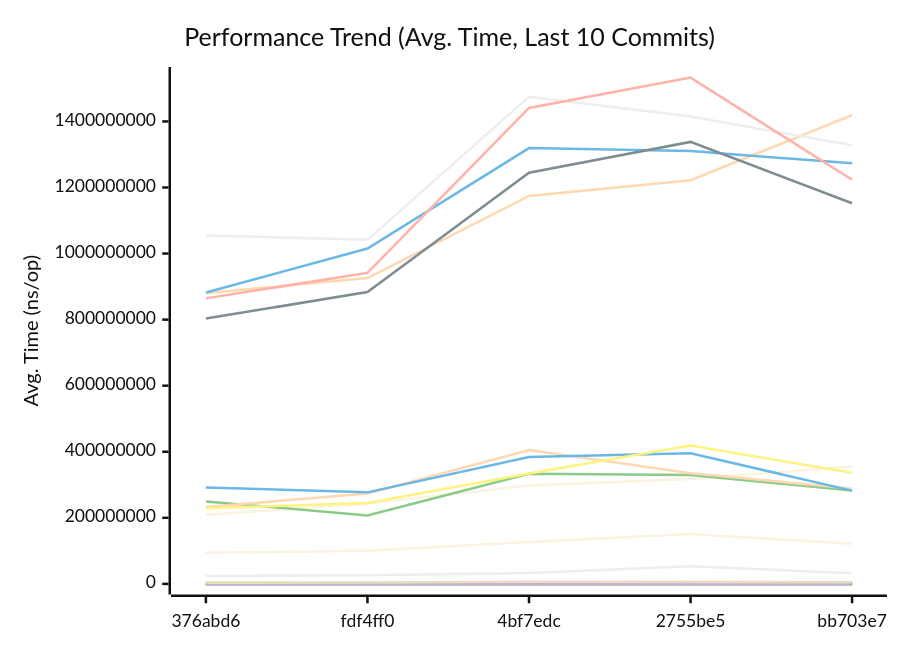
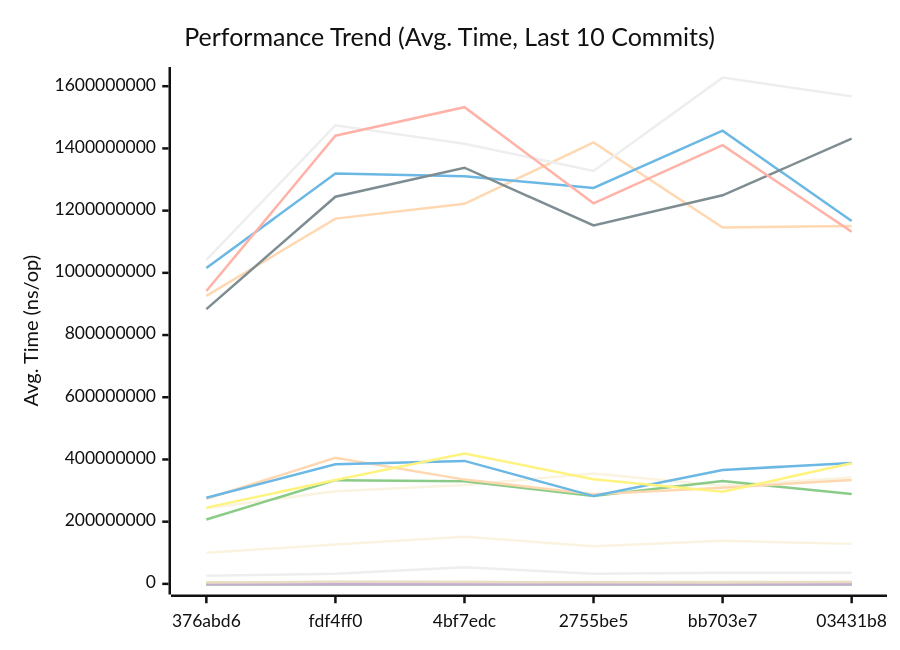
The first of 3 diagrams in docs/PERFORMANCE.md (alsotoes/momo), drawn with Mermaid (neutral theme) before and after one commit. The commit also changed other lines of this file and 3 other files, not shown here.

````diff
--- a/docs/PERFORMANCE.md
+++ b/docs/PERFORMANCE.md
@@ -260,44 +260,44 @@
 ```mermaid
 xychart-beta
     title "Performance Trend (Avg. Time, Last 10 Commits)"
     x-axis "Commit"
     y-axis "Avg. Time (ns/op)"
-    x-axis [376abd6,fdf4ff0,4bf7edc,2755be5,bb703e7]
-    line "AWSChunkedReaderSigned" [397685,535625,618041,521824,584439,539275,522839,619200,756300,663569]
-    line "AWSChunkedReaderUnsigned" [405982,479460,573661,451522,611665,550355,604498,664009,703433,611889]
-    line "CheckMetricsAndSwap" [7,10,10,17,10,11,10,10,12,13]
-    line "CrushOptimized" [328,320,458,539,432,471,405,485,513,528]
-    line "CrushOriginal" [443,407,633,730,712,650,699,646,673,697]
-    line "FormatListObjectsV2XML_AppendFormat" [566690,627648,848928,1046717,799795,1039816,911991,1056478,1286421,1165434]
-    line "FormatListObjectsV2XML_OldFormat" [366636,408457,535755,745142,464905,458449,554255,545961,720703,674915]
-    line "HashBytes/1MiB" [3443981,3592333,5110585,4751175,5064237,4383380,5547571,5240058,5525510,5093044]
-    line "HashBytes/256MiB" [880098861,925707610,1174333367,1221858506,1419279092,1145420213,1150583944,1206314796,1415065243,1121544781]
-    line "HashBytes/64MiB" [209418782,242948441,297766074,317593619,355000134,315394868,341933076,357748084,272405322,277104353]
-    line "HashFile/1MiB" [3842035,3350950,4950193,5129547,5747827,5999828,5183292,5520031,4909353,4510294]
-    line "HashFile/256MiB" [881918242,1015211606,1319192441,1310601572,1273023822,1457159370,1166573869,1388569817,1761951053,1416186973]
-    line "HashFile/64MiB" [249484580,207167851,333549904,329592825,282613785,330397537,289173153,345945889,348425613,343417056]
-    line "IndexDirectTracking" [0,0,1,1,0,0,1,1,1,1]
-    line "IndexSearch" [2,2,2,5,4,3,3,4,4,4]
-    line "LastModifiedHeader_AppendFormat" [185,228,286,252,340,415,345,364,441,320]
-    line "LastModifiedHeader_Format" [262,285,385,350,398,514,394,431,520,582]
-    line "LoadGlobalConfig" [9952,8921,13356,14511,16366,13776,15095,13488,14097,14525]
-    line "LocalWrite/1MiB" [445767,431598,526423,795470,552166,778898,525512,577002,644852,573249]
-    line "LocalWrite/256MiB" [94142106,100079806,126435842,151118283,121284509,138380852,128601282,128702495,161190175,125958619]
-    line "LocalWrite/64MiB" [24072639,25874779,32839259,53059327,32531111,36029215,35542782,33119476,44891953,35402077]
-    line "PadString" [57,53,71,49,70,69,64,70,76,63]
+    x-axis [376abd6,fdf4ff0,4bf7edc,2755be5,bb703e7,03431b8]
+    line "AWSChunkedReaderSigned" [535625,618041,521824,584439,539275,522839,619200,756300,663569,620161]
+    line "AWSChunkedReaderUnsigned" [479460,573661,451522,611665,550355,604498,664009,703433,611889,631352]
+    line "CheckMetricsAndSwap" [10,10,17,10,11,10,10,12,13,11]
+    line "CrushOptimized" [320,458,539,432,471,405,485,513,528,381]
+    line "CrushOriginal" [407,633,730,712,650,699,646,673,697,599]
+    line "FormatListObjectsV2XML_AppendFormat" [627648,848928,1046717,799795,1039816,911991,1056478,1286421,1165434,922011]
+    line "FormatListObjectsV2XML_OldFormat" [408457,535755,745142,464905,458449,554255,545961,720703,674915,518253]
+    line "HashBytes/1MiB" [3592333,5110585,4751175,5064237,4383380,5547571,5240058,5525510,5093044,3747347]
+    line "HashBytes/256MiB" [925707610,1174333367,1221858506,1419279092,1145420213,1150583944,1206314796,1415065243,1121544781,1441434671]
+    line "HashBytes/64MiB" [242948441,297766074,317593619,355000134,315394868,341933076,357748084,272405322,277104353,321801782]
+    line "HashFile/1MiB" [3350950,4950193,5129547,5747827,5999828,5183292,5520031,4909353,4510294,6901410]
+    line "HashFile/256MiB" [1015211606,1319192441,1310601572,1273023822,1457159370,1166573869,1388569817,1761951053,1416186973,1274613971]
+    line "HashFile/64MiB" [207167851,333549904,329592825,282613785,330397537,289173153,345945889,348425613,343417056,354037155]
+    line "IndexDirectTracking" [0,1,1,0,0,1,1,1,1,1]
+    line "IndexSearch" [2,2,5,4,3,3,4,4,4,4]
+    line "LastModifiedHeader_AppendFormat" [228,286,252,340,415,345,364,441,320,312]
+    line "LastModifiedHeader_Format" [285,385,350,398,514,394,431,520,582,394]
+    line "LoadGlobalConfig" [8921,13356,14511,16366,13776,15095,13488,14097,14525,12164]
+    line "LocalWrite/1MiB" [431598,526423,795470,552166,778898,525512,577002,644852,573249,584326]
+    line "LocalWrite/256MiB" [100079806,126435842,151118283,121284509,138380852,128601282,128702495,161190175,125958619,133440934]
+    line "LocalWrite/64MiB" [25874779,32839259,53059327,32531111,36029215,35542782,33119476,44891953,35402077,33399170]
+    line "PadString" [53,71,49,70,69,64,70,76,63,80]
     line "ParseReplicationOrder_NoPrealloc" [350,349,357,354,345,225,229,165,232,234]
     line "ParseReplicationOrder_Prealloc" [229,231,237,234,229,108,107,80,110,109]
-    line "Placement" [5168,4621,6718,8505,7344,6922,7453,7406,7040,7327]
-    line "PlacementDomainSpread" [5453,5023,6553,8563,7236,7465,7811,7868,7303,7101]
-    line "ReadVerify/1MiB" [3798416,3596845,4460850,5088522,3970325,4753309,4723356,4600918,6614208,4999715]
-    line "ReadVerify/256MiB" [803259188,883417974,1244837167,1337973310,1152182050,1249327431,1431247520,1374887457,1179131329,1513480600]
-    line "ReadVerify/64MiB" [232435503,273582930,405518693,335223998,288365836,309264832,334268234,343492740,297878657,337113294]
-    line "S3PutSpool/1MiB" [4349655,4494504,5795780,6486611,5066289,6659391,6179992,6697030,5335678,5117449]
-    line "S3PutSpool/256MiB" [1054828608,1041459785,1474423367,1414994967,1327631659,1627622695,1567298391,1766547568,1781197744,1337418784]
-    line "S3PutSpool/64MiB" [292024160,277039985,384356699,395378107,282251478,366146558,388891982,382189999,404192768,401720115]
-    line "SanitizeLog/Safe" [233,295,361,256,386,270,283,316,423,332]
-    line "SanitizeLog/Unsafe" [684,922,1091,801,1163,1016,1039,1170,1356,1050]
-    line "TrustedRead/1MiB" [3390683,4063744,6459603,5688219,4848751,4607932,6032847,6124228,5111302,5878450]
-    line "TrustedRead/256MiB" [864337055,941546678,1440831398,1532603475,1223453299,1410403058,1131933188,1326976357,1259207320,1168045663]
-    line "TrustedRead/64MiB" [228835469,245169178,333995810,418960245,336501521,296487000,387555406,411444369,337664579,350083685]
+    line "Placement" [4621,6718,8505,7344,6922,7453,7406,7040,7327,6313]
+    line "PlacementDomainSpread" [5023,6553,8563,7236,7465,7811,7868,7303,7101,6619]
+    line "ReadVerify/1MiB" [3596845,4460850,5088522,3970325,4753309,4723356,4600918,6614208,4999715,4807436]
+    line "ReadVerify/256MiB" [883417974,1244837167,1337973310,1152182050,1249327431,1431247520,1374887457,1179131329,1513480600,1025626350]
+    line "ReadVerify/64MiB" [273582930,405518693,335223998,288365836,309264832,334268234,343492740,297878657,337113294,296627981]
+    line "S3PutSpool/1MiB" [4494504,5795780,6486611,5066289,6659391,6179992,6697030,5335678,5117449,4156487]
+    line "S3PutSpool/256MiB" [1041459785,1474423367,1414994967,1327631659,1627622695,1567298391,1766547568,1781197744,1337418784,1086529024]
+    line "S3PutSpool/64MiB" [277039985,384356699,395378107,282251478,366146558,388891982,382189999,404192768,401720115,306669378]
+    line "SanitizeLog/Safe" [295,361,256,386,270,283,316,423,332,390]
+    line "SanitizeLog/Unsafe" [922,1091,801,1163,1016,1039,1170,1356,1050,1036]
+    line "TrustedRead/1MiB" [4063744,6459603,5688219,4848751,4607932,6032847,6124228,5111302,5878450,3751975]
+    line "TrustedRead/256MiB" [941546678,1440831398,1532603475,1223453299,1410403058,1131933188,1326976357,1259207320,1168045663,1223117446]
+    line "TrustedRead/64MiB" [245169178,333995810,418960245,336501521,296487000,387555406,411444369,337664579,350083685,287609190]
 ```
````
